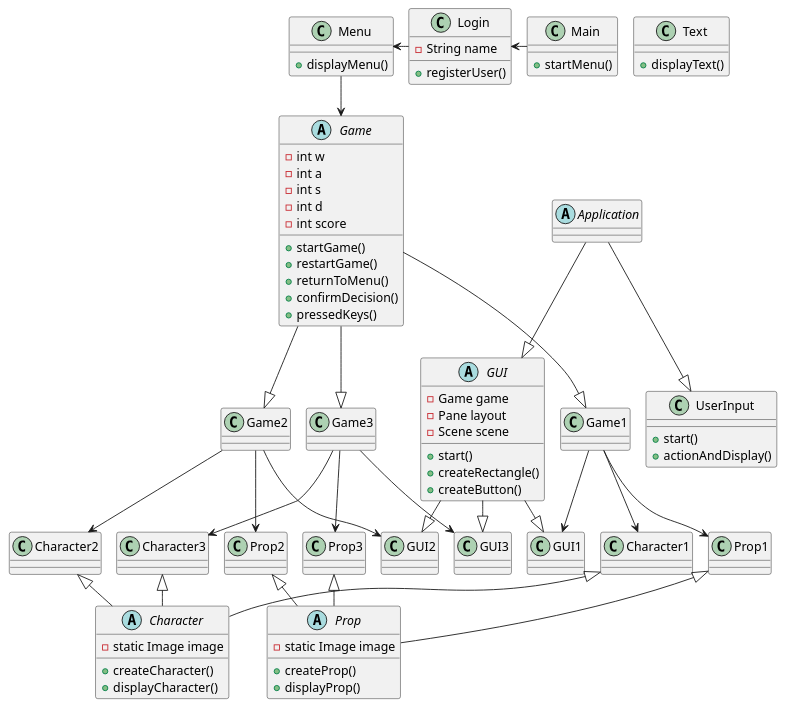
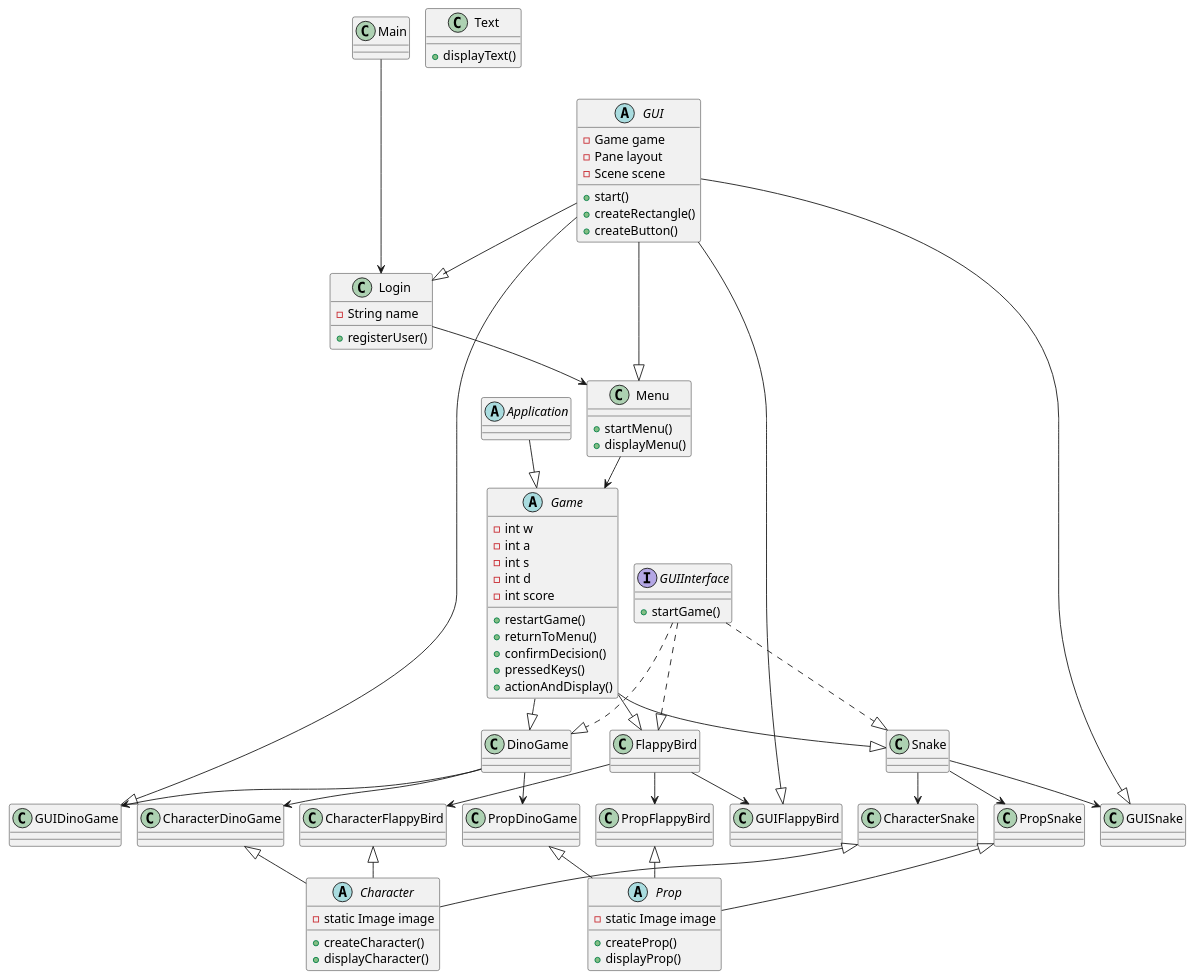
One commit to NicolineNV/SP4___ICE___Arcade_platform changed the diagram in Diagrems/ClassDiagram_v1.puml. Above: the diagram before and after it, drawn with PlantUML. The commit also changed 23 other files, not shown here.

Commit message:
Method Signatures + Update Class Diagram

```diff
--- a/Diagrems/ClassDiagram_v1.puml
+++ b/Diagrems/ClassDiagram_v1.puml
@@ -1,107 +1,113 @@
 @startuml
 !pragma layout smetana
 
 class Main {
-+ startMenu()
+
 }
 
 class Menu {
++ startMenu()
 + displayMenu()
 }
 
 class Text {
 + displayText()
 }
 
 class Login {
 - String name
 + registerUser()
 }
 
 abstract class Game {
 - int w
 - int a
 - int s
 - int d
 - int score
-+ startGame()
 + restartGame()
 + returnToMenu()
 + confirmDecision()
 + pressedKeys()
++ actionAndDisplay()
 }
 
-class Game1
-class Game2
-class Game3
+class Snake
+class FlappyBird
+class DinoGame
 
 abstract class Application {
+}
+
+interface GUIInterface {
++ startGame()
 }
 
 abstract class GUI {
 - Game game
 - Pane layout
 - Scene scene
 + start()
 + createRectangle()
 + createButton()
 }
 
-class GUI1
-class GUI2
-class GUI3
+class GUISnake
+class GUIFlappyBird
+class GUIDinoGame
+
 
 abstract class Character {
 - static Image image
 + createCharacter()
 + displayCharacter()
 }
 
-class Character1
-class Character2
-class Character3
+class CharacterSnake
+class CharacterFlappyBird
+class CharacterDinoGame
 
 abstract class Prop {
 - static Image image
 + createProp()
 + displayProp()
 }
 
-class Prop1
-class Prop2
-class Prop3
+class PropSnake
+class PropFlappyBird
+class PropDinoGame
 
-class UserInput {
-+ start()
-+ actionAndDisplay()
-}
 
-Login <- Main
-Menu <- Login
+Main ---> Login
+Login --> Menu
 Menu --> Game
-Application --|> GUI
-Application --|> UserInput
-GUI --|> GUI1
-GUI --|> GUI2
-GUI --|> GUI3
-Prop1 <|-- Prop
-Prop2 <|-- Prop
-Prop3 <|-- Prop
-Character1 <|-- Character
-Character2 <|-- Character
-Character3 <|-- Character
-Game --|> Game1
-Game1 --> GUI1
-Game1 --> Character1
-Game1 --> Prop1
-Game --|> Game2
-Game2 --> GUI2
-Game2 --> Character2
-Game2 --> Prop2
-Game --|> Game3
-Game3 --> GUI3
-Game3 --> Character3
-Game3 --> Prop3
+Application --|> Game
+GUI --|> Login
+GUI --|> Menu
+GUI --|> GUISnake
+GUI --|> GUIFlappyBird
+GUI --|> GUIDinoGame
+PropSnake <|-- Prop
+PropFlappyBird <|-- Prop
+PropDinoGame <|-- Prop
+CharacterSnake <|-- Character
+CharacterFlappyBird <|-- Character
+CharacterDinoGame <|-- Character
+Game --|> Snake
+Snake --> GUISnake
+Snake --> CharacterSnake
+Snake --> PropSnake
+GUIInterface ..|> Snake
+Game --|> FlappyBird
+FlappyBird --> GUIFlappyBird
+FlappyBird --> CharacterFlappyBird
+FlappyBird --> PropFlappyBird
+GUIInterface ..|> FlappyBird
+Game --|> DinoGame
+DinoGame --> GUIDinoGame
+DinoGame --> CharacterDinoGame
+DinoGame --> PropDinoGame
+GUIInterface ..|> DinoGame
 
 
 @enduml
```
